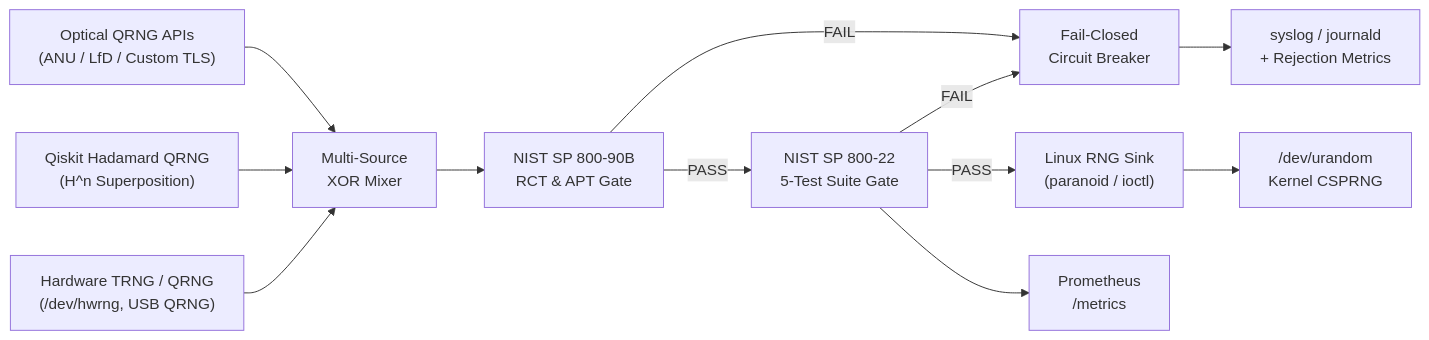
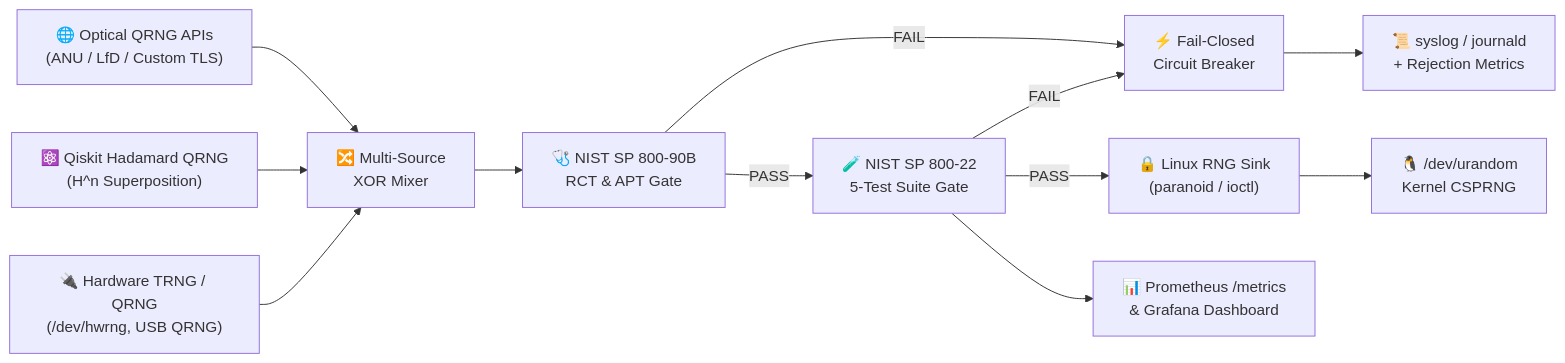
The diagram in README.md (PelleNybe/qentropyd), drawn with Mermaid before and after one commit. The commit also changed other lines of this file and 2 other files, not shown here.

````diff
--- a/README.md
+++ b/README.md
@@ -20,14 +44,14 @@
 ```mermaid
 flowchart LR
-    S1["Optical QRNG APIs\n(ANU / LfD / Custom TLS)"] --> M["Multi-Source\nXOR Mixer"]
-    S2["Qiskit Hadamard QRNG\n(H^n Superposition)"] --> M
-    S3["Hardware TRNG / QRNG\n(/dev/hwrng, USB QRNG)"] --> M
-    M --> G1["NIST SP 800-90B\nRCT & APT Gate"]
-    G1 -->|PASS| G2["NIST SP 800-22\n5-Test Suite Gate"]
-    G1 -->|FAIL| CB["Fail-Closed\nCircuit Breaker"]
+    S1["🌐 Optical QRNG APIs\n(ANU / LfD / Custom TLS)"] --> M["🔀 Multi-Source\nXOR Mixer"]
+    S2["⚛️ Qiskit Hadamard QRNG\n(H^n Superposition)"] --> M
+    S3["🔌 Hardware TRNG / QRNG\n(/dev/hwrng, USB QRNG)"] --> M
+    M --> G1["🩺 NIST SP 800-90B\nRCT & APT Gate"]
+    G1 -->|PASS| G2["🧪 NIST SP 800-22\n5-Test Suite Gate"]
+    G1 -->|FAIL| CB["⚡ Fail-Closed\nCircuit Breaker"]
     G2 -->|FAIL| CB
-    CB --> LOG["syslog / journald\n+ Rejection Metrics"]
-    G2 -->|PASS| SINK["Linux RNG Sink\n(paranoid / ioctl)"]
-    SINK --> URAND["/dev/urandom\nKernel CSPRNG"]
-    G2 --> PROM["Prometheus\n/metrics"]
+    CB --> LOG["📜 syslog / journald\n+ Rejection Metrics"]
+    G2 -->|PASS| SINK["🔒 Linux RNG Sink\n(paranoid / ioctl)"]
+    SINK --> URAND["🐧 /dev/urandom\nKernel CSPRNG"]
+    G2 --> PROM["📊 Prometheus /metrics\n& Grafana Dashboard"]
 ```
````
